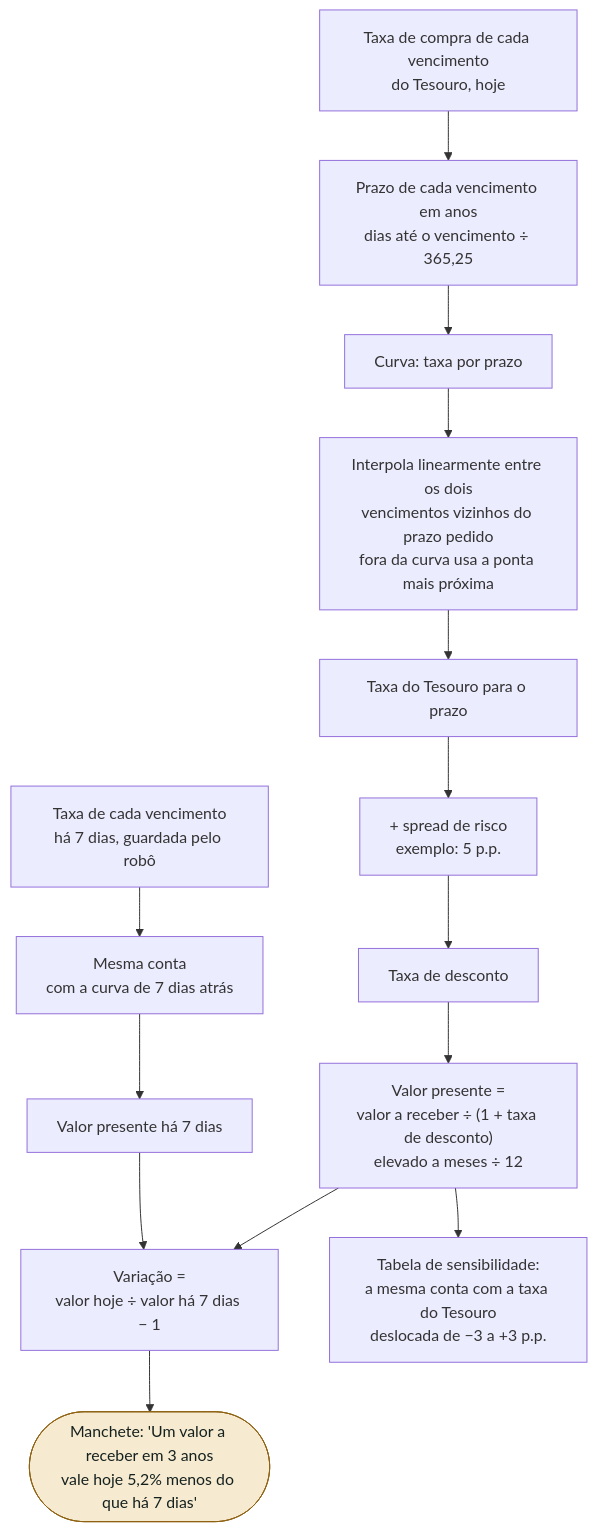
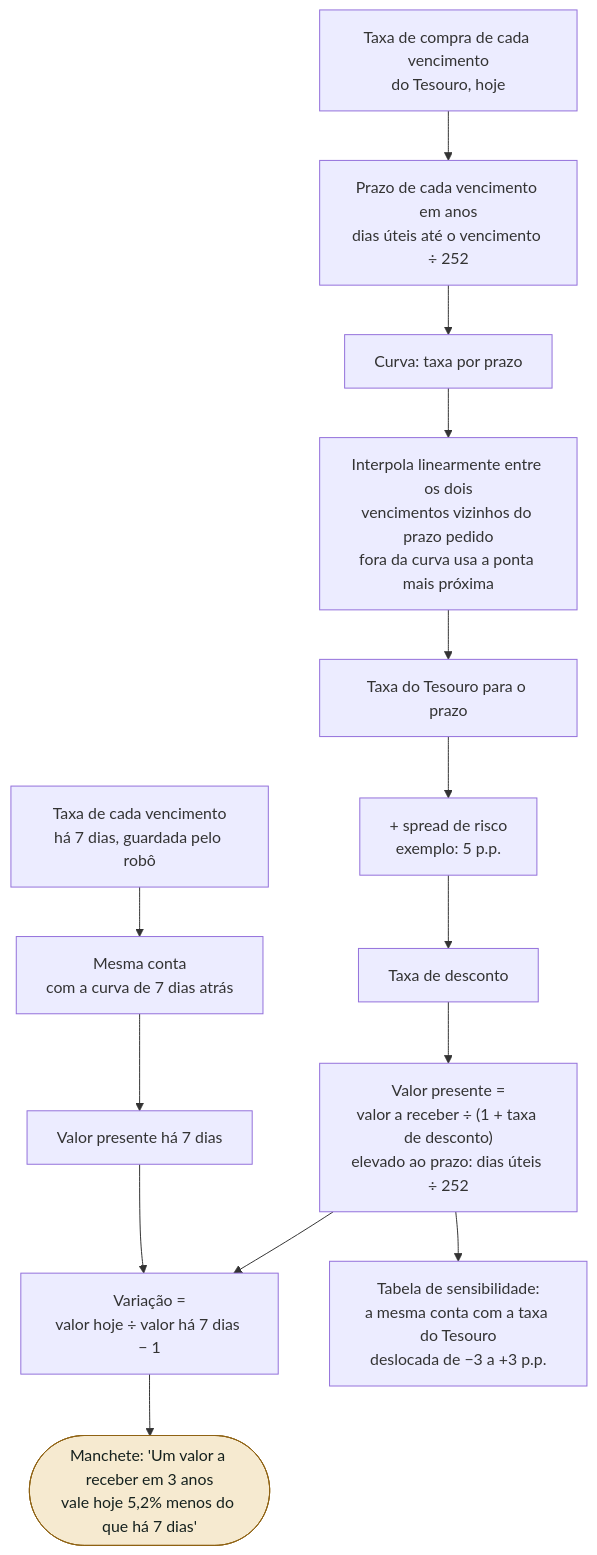
Before and after one commit to victor-ozores/Radar-Pricing: the sixth of 8 diagrams in docs/fluxograma.md, drawn with Mermaid. The commit also changed other lines of this file and 39 other files, not shown here.

First line of the commit message:
feat: prazo em dias úteis (base 252) no robô, no painel e no Excel

````diff
--- a/docs/fluxograma.md
+++ b/docs/fluxograma.md
@@ -202,21 +202,21 @@
 ```mermaid
 flowchart TD
-    A["Taxa de compra de cada vencimento<br/>do Tesouro, hoje"] --> B["Prazo de cada vencimento em anos<br/>dias até o vencimento ÷ 365,25"]
+    A["Taxa de compra de cada vencimento<br/>do Tesouro, hoje"] --> B["Prazo de cada vencimento em anos<br/>dias úteis até o vencimento ÷ 252"]
     B --> C["Curva: taxa por prazo"]
     C --> D["Interpola linearmente entre os dois<br/>vencimentos vizinhos do prazo pedido<br/>fora da curva usa a ponta mais próxima"]
     D --> E["Taxa do Tesouro para o prazo"]
     E --> F["+ spread de risco<br/>exemplo: 5 p.p."]
     F --> G["Taxa de desconto"]
-    G --> H["Valor presente =<br/>valor a receber ÷ (1 + taxa de desconto)<br/>elevado a meses ÷ 12"]
+    G --> H["Valor presente =<br/>valor a receber ÷ (1 + taxa de desconto)<br/>elevado ao prazo: dias úteis ÷ 252"]
 
     A2["Taxa de cada vencimento<br/>há 7 dias, guardada pelo robô"] --> B2["Mesma conta<br/>com a curva de 7 dias atrás"]
     B2 --> H2["Valor presente há 7 dias"]
     H --> I["Variação =<br/>valor hoje ÷ valor há 7 dias − 1"]
     H2 --> I
     I --> J(["Manchete: 'Um valor a receber em 3 anos<br/>vale hoje 5,2% menos do que há 7 dias'"])
 
     H --> K["Tabela de sensibilidade:<br/>a mesma conta com a taxa do Tesouro<br/>deslocada de −3 a +3 p.p."]
 
     classDef fim fill:#f6ead0,stroke:#8f6314,color:#15211e
     class J fim
 ```
````
